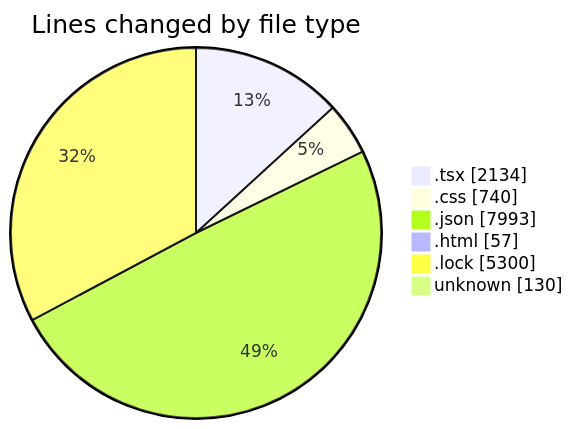
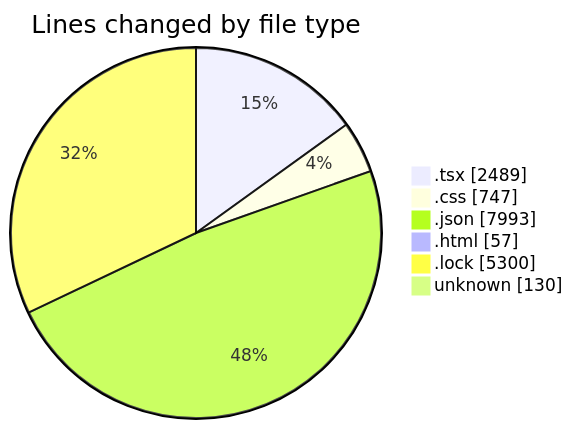
The first of 2 diagrams in 2025-08-12/ribbon/README.md (EIIisD/code-tracking), drawn with Mermaid before and after one commit. The commit also changed other lines of this file and 1 other file, not shown here.

````diff
--- a/2025-08-12/ribbon/README.md
+++ b/2025-08-12/ribbon/README.md
@@ -36,10 +38,10 @@
 ```mermaid
 pie showData
 title Lines changed by file type
-".tsx" : 2134
-".css" : 740
+".tsx" : 2489
+".css" : 747
 ".json" : 7993
 ".html" : 57
 ".lock" : 5300
 "unknown" : 130
 ```
````
